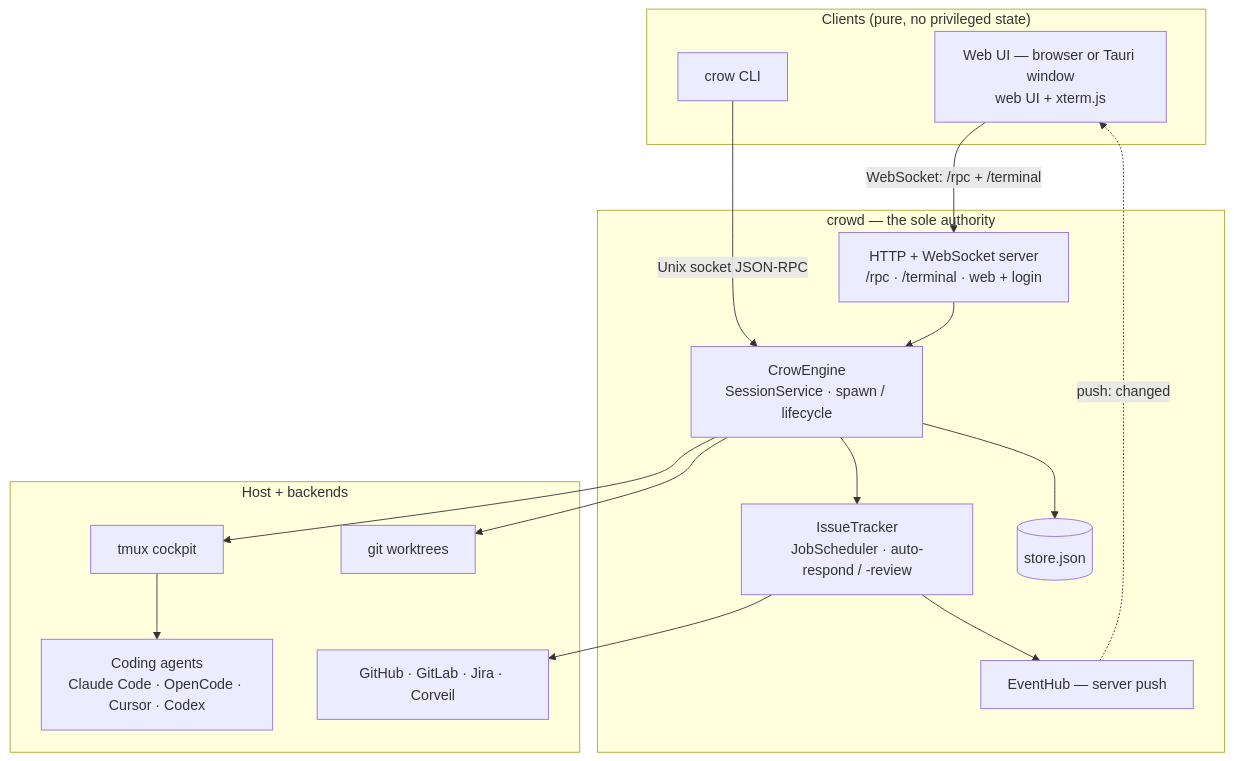
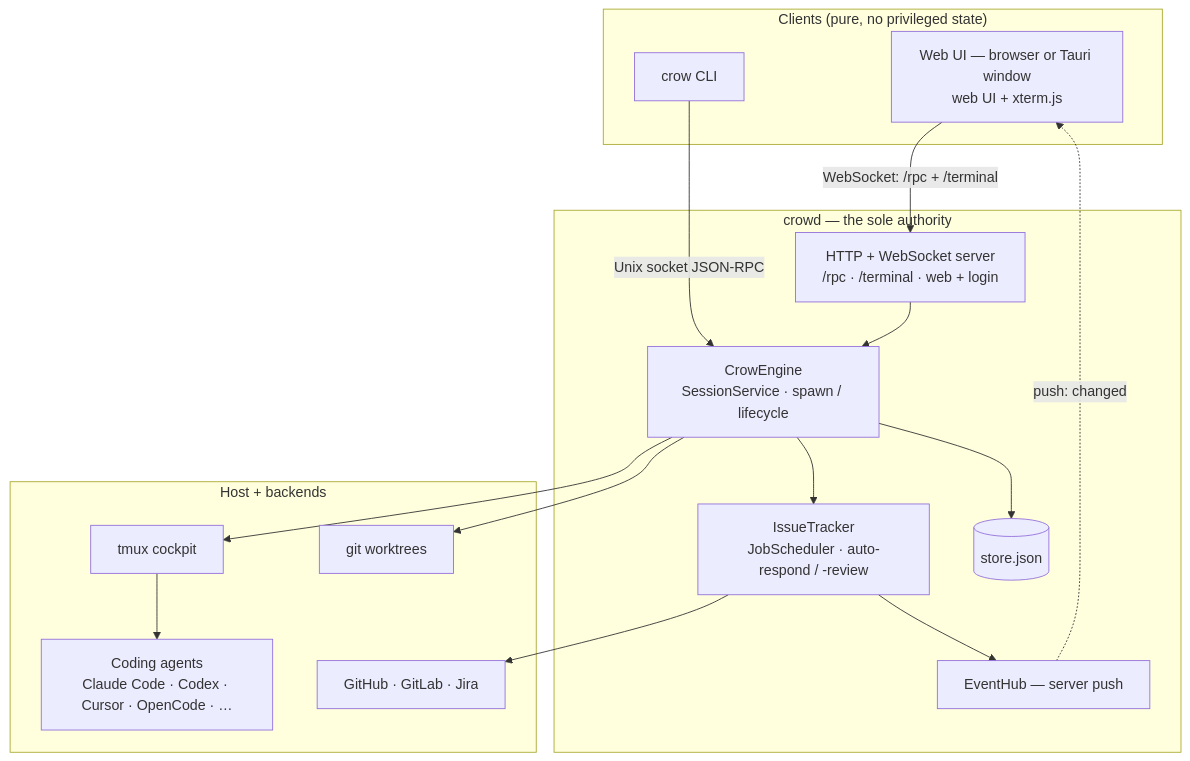
Before and after one commit to corveil/crow: the diagram in README.md, drawn with Mermaid. The commit also changed other lines of this file and 2 other files, not shown here.

````diff
--- a/README.md
+++ b/README.md
@@ -9,34 +101,34 @@
 ```mermaid
 flowchart TB
     subgraph clients["Clients (pure, no privileged state)"]
         WEB["Web UI — browser or Tauri window<br/>web UI + xterm.js"]
         CLI["crow CLI"]
     end
 
     subgraph daemon["crowd — the sole authority"]
         HTTP["HTTP + WebSocket server<br/>/rpc · /terminal · web + login"]
         ENGINE["CrowEngine<br/>SessionService · spawn / lifecycle"]
         BOARDS["IssueTracker<br/>JobScheduler · auto-respond / -review"]
         HUB["EventHub — server push"]
         STORE[("store.json")]
     end
 
     subgraph host["Host + backends"]
         TMUX["tmux cockpit"]
-        AGENTS["Coding agents<br/>Claude Code · OpenCode · Cursor · Codex"]
+        AGENTS["Coding agents<br/>Claude Code · Codex · Cursor · OpenCode · …"]
         GIT["git worktrees"]
-        PROV["GitHub · GitLab · Jira · Corveil"]
+        PROV["GitHub · GitLab · Jira"]
     end
 
     WEB -- "WebSocket: /rpc + /terminal" --> HTTP
     CLI -- "Unix socket JSON-RPC" --> ENGINE
     HTTP --> ENGINE
     ENGINE --> STORE
     ENGINE --> TMUX
     ENGINE --> GIT
     TMUX --> AGENTS
     ENGINE --> BOARDS
     BOARDS --> PROV
     BOARDS --> HUB
     HUB -. "push: changed" .-> WEB
 ```
````
